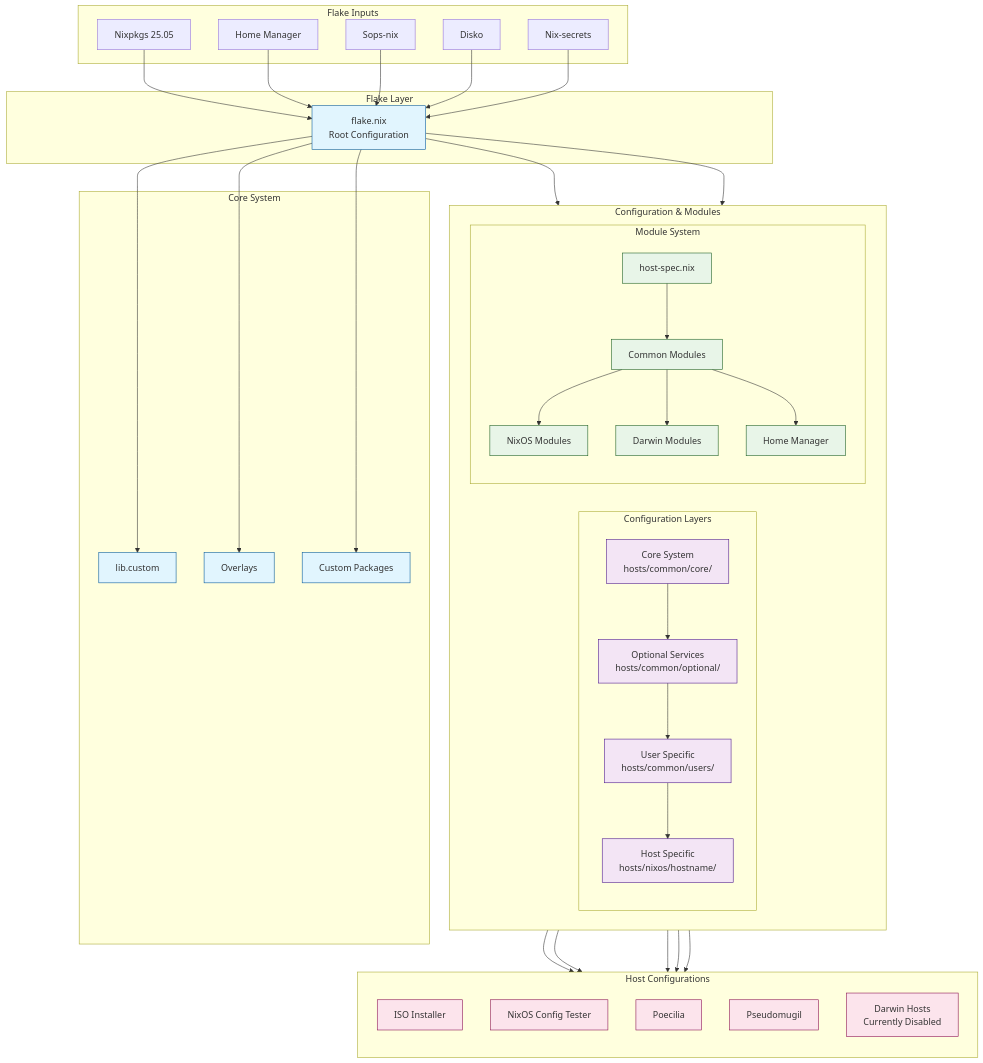
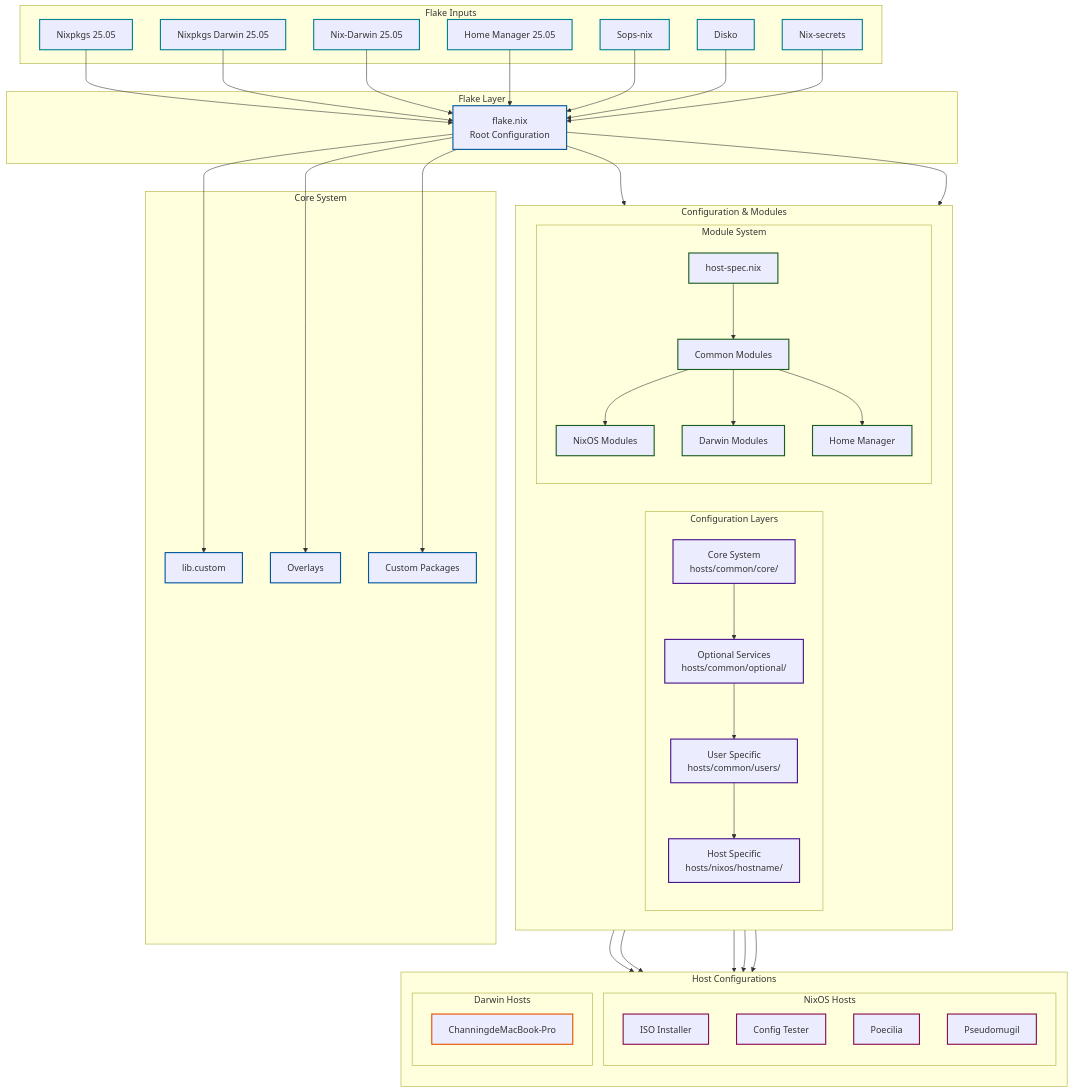
The first of 6 diagrams in mermaid.md (ChanningHe/nix-config), drawn with Mermaid before and after one commit. The commit also changed other lines of this file and 3 other files, not shown here.

````diff
--- a/mermaid.md
+++ b/mermaid.md
@@ -37,16 +38,22 @@
     
     subgraph "Host Configurations"
         direction TB
-        iso[ISO Installer]
-        tester[NixOS Config Tester]
-        poecilia[Poecilia]
-        pseudomugil[Pseudomugil]
-        darwin-hosts[Darwin Hosts<br />Currently Disabled]
+        subgraph "NixOS Hosts"
+            iso[ISO Installer]
+            tester[Config Tester]
+            poecilia[Poecilia]
+            pseudomugil[Pseudomugil]
+        end
+        subgraph "Darwin Hosts"
+            macbook[ChanningdeMacBook-Pro]
+        end
     end
     
     subgraph "Flake Inputs"
         nixpkgs[Nixpkgs 25.05]
-        home-manager[Home Manager]
+        nixpkgs-darwin[Nixpkgs Darwin 25.05]
+        nix-darwin[Nix-Darwin 25.05]
+        home-manager[Home Manager 25.05]
         sops-nix[Sops-nix]
         disko[Disko]
         nix-secrets[Nix-secrets]
@@ -72,22 +79,29 @@
     Layer4 --> tester
     Layer4 --> poecilia
     Layer4 --> pseudomugil
-    Layer4 --> darwin-hosts
+    Layer4 --> macbook
     
     nixpkgs --> flake
+    nixpkgs-darwin --> flake
+    nix-darwin --> flake
     home-manager --> flake
     sops-nix --> flake
     disko --> flake
     nix-secrets --> flake
 
-    classDef systemLayer fill:#e1f5fe,stroke:#01579b
-    classDef configLayer fill:#f3e5f5,stroke:#4a148c
-    classDef moduleLayer fill:#e8f5e8,stroke:#1b5e20
-    classDef hostLayer fill:#fce4ec,stroke:#880e4f
+    classDef systemLayer stroke:#01579b,stroke-width:2px
+    classDef configLayer stroke:#4a148c,stroke-width:2px
+    classDef moduleLayer stroke:#1b5e20,stroke-width:2px
+    classDef hostLayer stroke:#880e4f,stroke-width:2px
+    classDef darwinLayer stroke:#e65100,stroke-width:2px
+    classDef inputLayer stroke:#00838f,stroke-width:2px
+    classDef neutral stroke:#616161,stroke-width:2px
     
     class flake systemLayer
     class lib,overlays,packages systemLayer
     class Layer1,Layer2,Layer3,Layer4 configLayer
     class host-spec,common-modules,nixos-modules,darwin-modules,home-manager-config moduleLayer
-    class iso,tester,poecilia,pseudomugil,darwin-hosts hostLayer
+    class iso,tester,poecilia,pseudomugil hostLayer
+    class macbook darwinLayer
+    class nixpkgs,nixpkgs-darwin,nix-darwin,home-manager,sops-nix,disko,nix-secrets inputLayer
 ```
````
